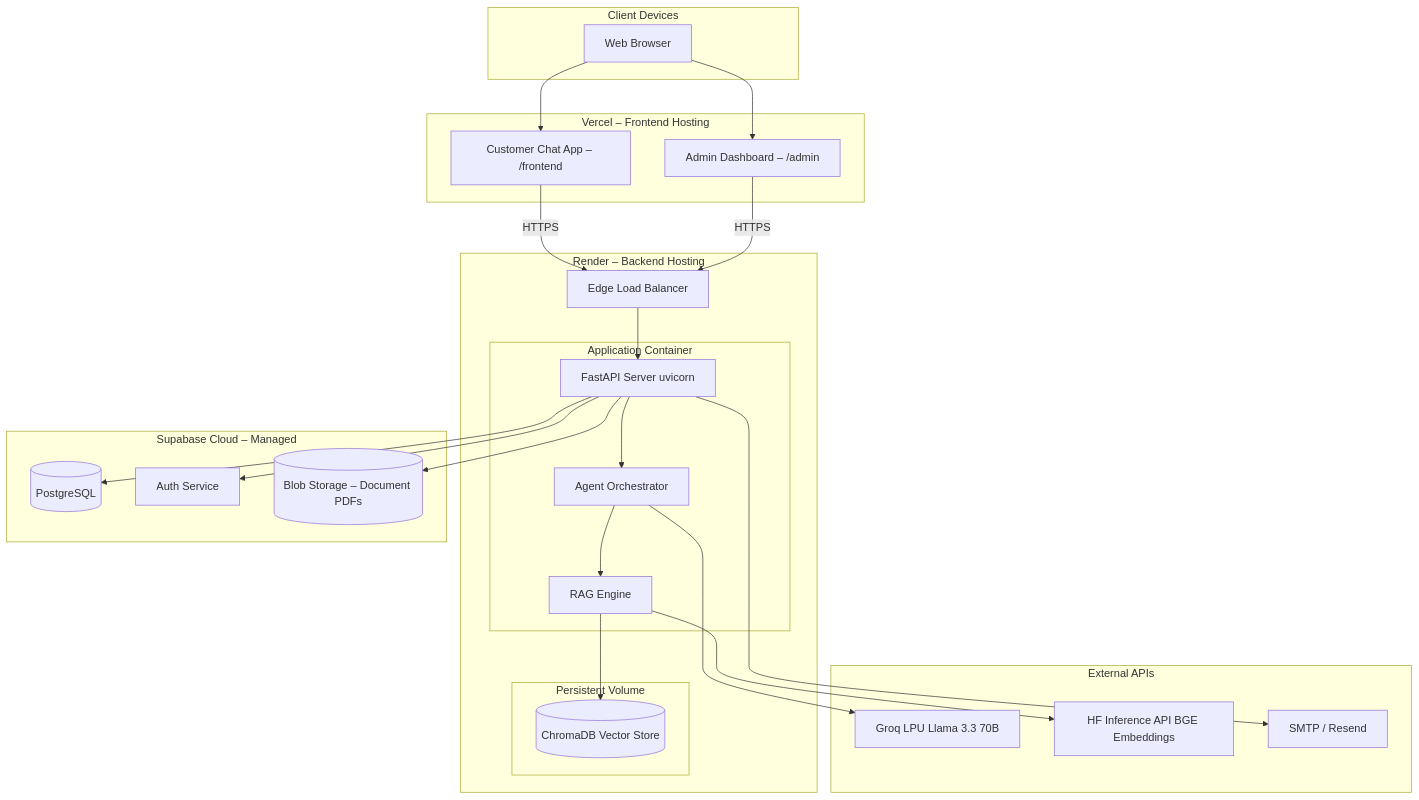
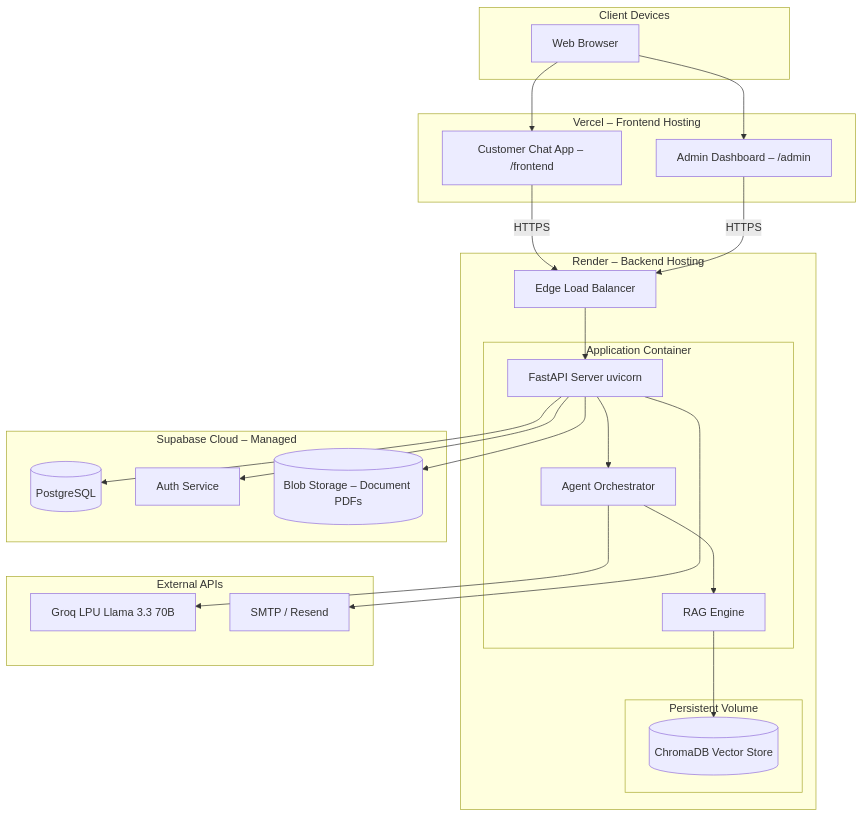
The fifth of 5 diagrams in README.md (Mohammedkaif-27/AURA), drawn with Mermaid before and after one commit. The commit also changed other lines of this file and 22 other files, not shown here.

````diff
--- a/README.md
+++ b/README.md
@@ -345,50 +342,48 @@
 ```mermaid
 graph TD
     subgraph Client ["Client Devices"]
         Browser["Web Browser"]
     end
 
     subgraph Vercel ["Vercel ‒ Frontend Hosting"]
         FE_Customer["Customer Chat App ‒ /frontend"]
         FE_Admin["Admin Dashboard ‒ /admin"]
     end
 
     subgraph Render ["Render ‒ Backend Hosting"]
         LB["Edge Load Balancer"]
         subgraph App_Tier ["Application Container"]
             FastAPI_App["FastAPI Server uvicorn"]
             OrchestratorNode["Agent Orchestrator"]
             RAG_Engine["RAG Engine"]
         end
         subgraph Persistent_Storage ["Persistent Volume"]
             ChromaDB_Vol[("ChromaDB Vector Store")]
         end
     end
 
     subgraph Supabase_Cloud ["Supabase Cloud ‒ Managed"]
         PostgreSQL[("PostgreSQL")]
         Auth["Auth Service"]
         BlobStorage[("Blob Storage ‒ Document PDFs")]
     end
 
     subgraph External ["External APIs"]
         Groq["Groq LPU Llama 3.3 70B"]
-        HF_API["HF Inference API BGE Embeddings"]
         EmailProvider["SMTP / Resend"]
     end
 
     Browser --> FE_Customer
     Browser --> FE_Admin
     FE_Customer -->|HTTPS| LB
     FE_Admin -->|HTTPS| LB
     LB --> FastAPI_App
     FastAPI_App --> OrchestratorNode
     OrchestratorNode --> RAG_Engine
     RAG_Engine --> ChromaDB_Vol
-    RAG_Engine --> HF_API
     FastAPI_App --> PostgreSQL
     FastAPI_App --> Auth
     FastAPI_App --> BlobStorage
     OrchestratorNode --> Groq
     FastAPI_App --> EmailProvider
 ```
````
